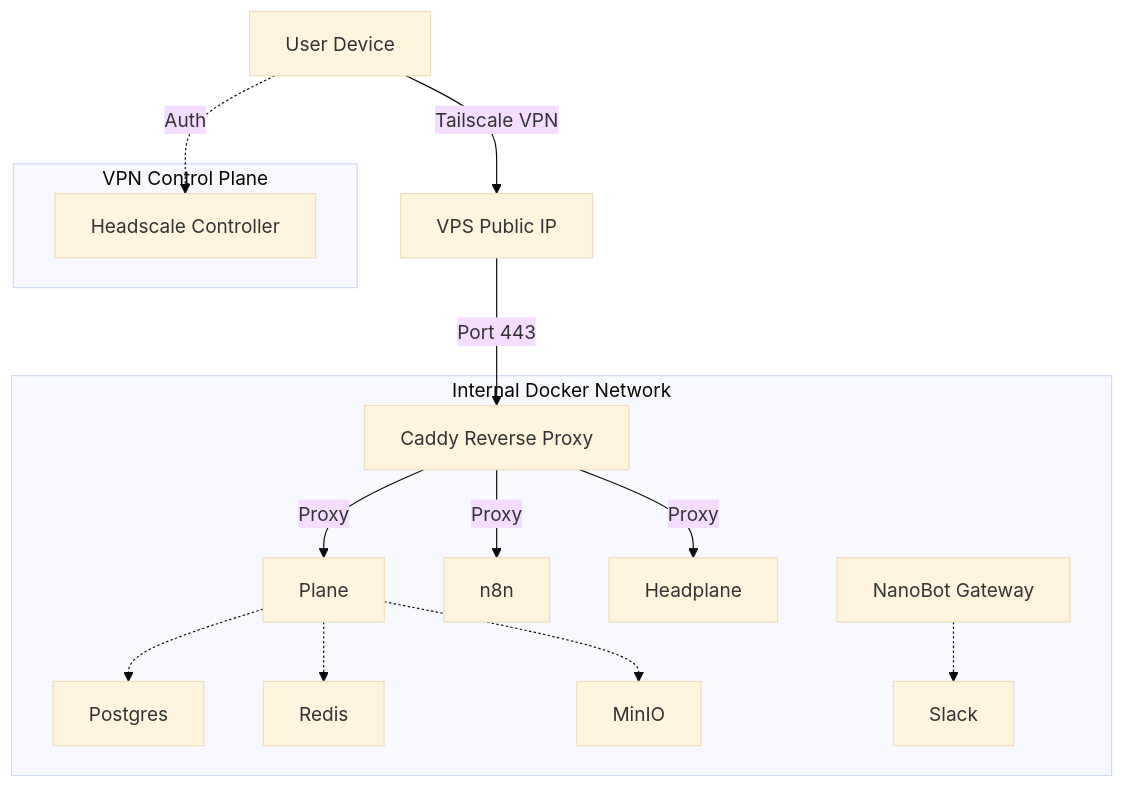
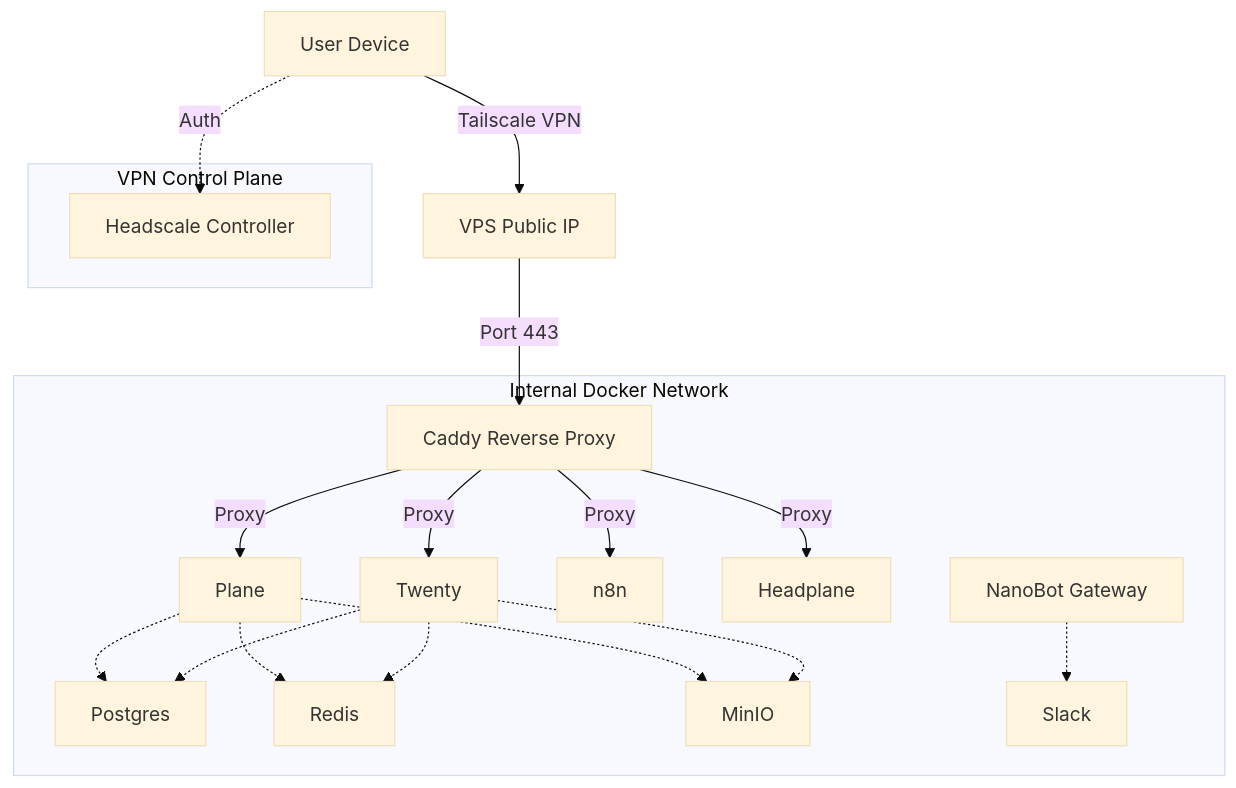
The diagram in README.md (Celerinc/startupstack), drawn with Mermaid (base theme) before and after one commit. The commit also changed other lines of this file and 14 other files, not shown here.

````diff
--- a/README.md
+++ b/README.md
@@ -37,23 +38,27 @@
 ```mermaid
 graph TD
     User[User Device] -->|Tailscale VPN| VPS[VPS Public IP]
     VPS -->|Port 443| Caddy[Caddy Reverse Proxy]
 
     subgraph "Internal Docker Network"
         Caddy -->|Proxy| Plane
+        Caddy -->|Proxy| Twenty
         Caddy -->|Proxy| n8n
         Caddy -->|Proxy| Headplane
         NanoBot[NanoBot Gateway]
 
         Plane -.-> Postgres
         Plane -.-> Redis
         Plane -.-> MinIO
+        Twenty -.-> Postgres
+        Twenty -.-> Redis
+        Twenty -.-> MinIO
         NanoBot -.-> Slack
     end
 
     subgraph "VPN Control Plane"
         Headscale[Headscale Controller]
     end
 
     User -.->|Auth| Headscale
 ```
````
